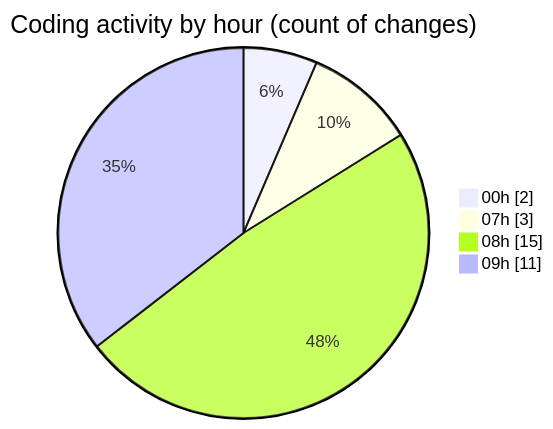
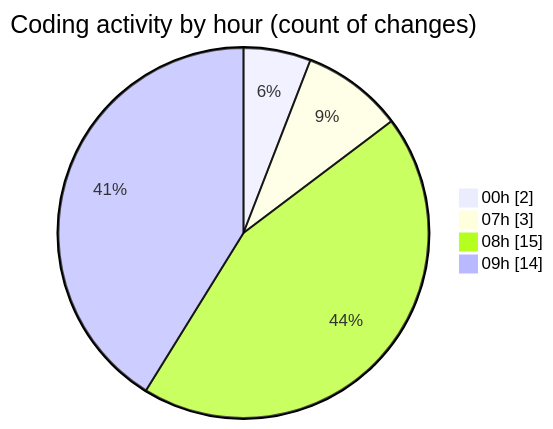
One commit to donsfak/code-tracking changed the second of 2 diagrams in 2025-02-10/maps_clone/README.md. Above: the diagram before and after it, drawn with Mermaid. The commit also changed other lines of this file and 1 other file, not shown here.

````diff
--- a/2025-02-10/maps_clone/README.md
+++ b/2025-02-10/maps_clone/README.md
@@ -36,8 +36,8 @@
 ```mermaid
 pie showData
 title Coding activity by hour (count of changes)
 "00h" : 2
 "07h" : 3
 "08h" : 15
-"09h" : 11
+"09h" : 14
 ```
````
